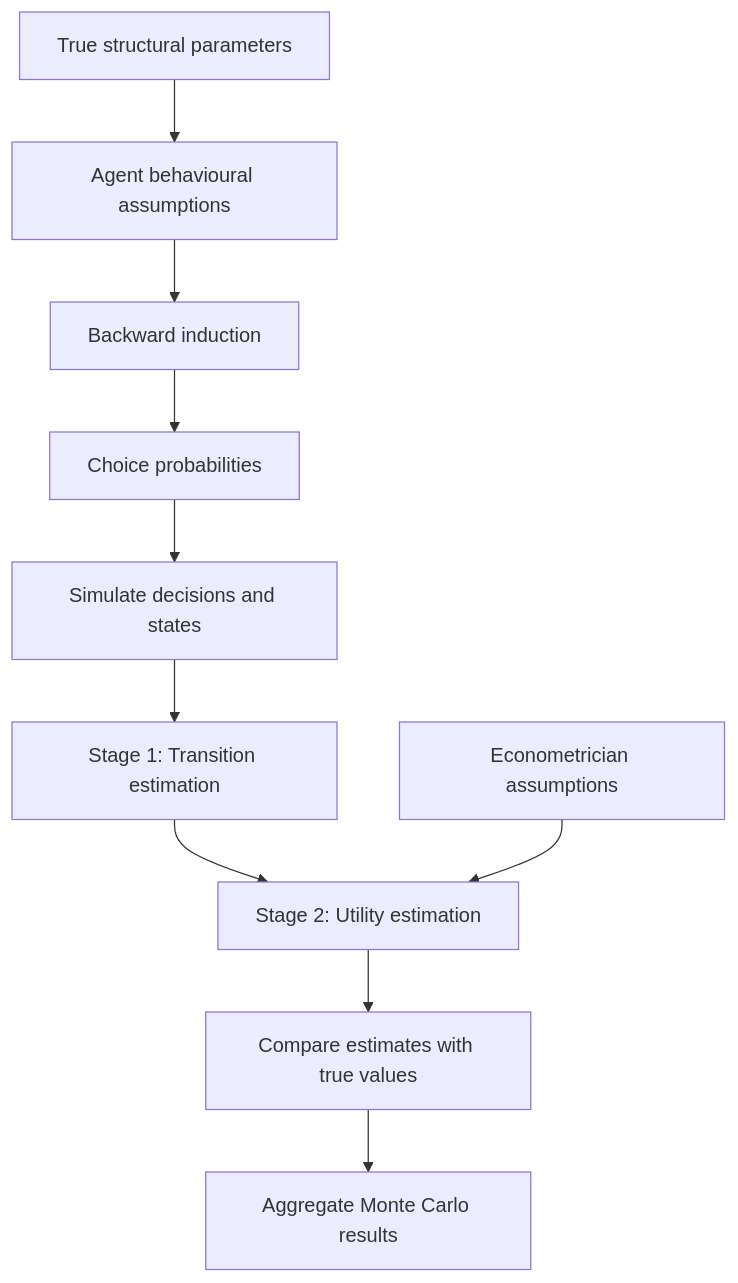
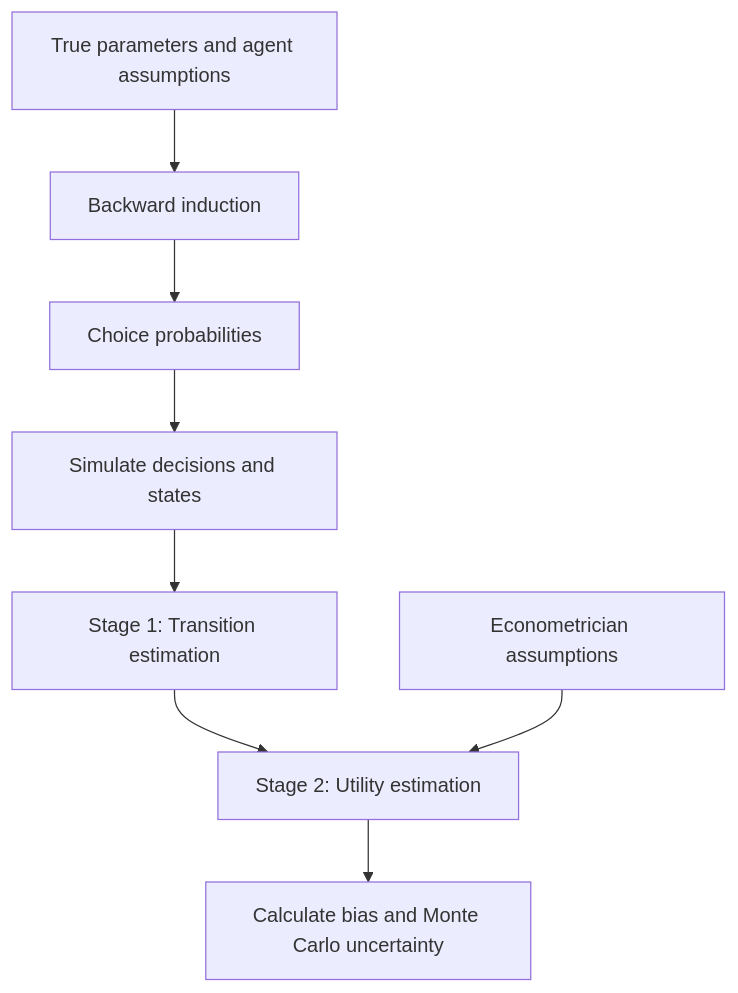
The diagram in METHODOLOGY.md (EliasBernhardRoth/Dynamic-Choice-Misspecification), drawn with Mermaid before and after one commit. The commit also changed other lines of this file, not shown here.

````diff
--- a/METHODOLOGY.md
+++ b/METHODOLOGY.md
@@ -465,12 +375,10 @@
 ```mermaid
 flowchart TD
-    A[True structural parameters] --> B[Agent behavioural assumptions]
-    B --> C[Backward induction]
-    C --> D[Choice probabilities]
-    D --> E[Simulate decisions and states]
-    E --> F[Stage 1: Transition estimation]
-    F --> G[Stage 2: Utility estimation]
-    H[Econometrician assumptions] --> G
-    G --> I[Compare estimates with true values]
-    I --> J[Aggregate Monte Carlo results]
+    A[True parameters and agent assumptions] --> B[Backward induction]
+    B --> C[Choice probabilities]
+    C --> D[Simulate decisions and states]
+    D --> E[Stage 1: Transition estimation]
+    E --> F[Stage 2: Utility estimation]
+    G[Econometrician assumptions] --> F
+    F --> H[Calculate bias and Monte Carlo uncertainty]
 ```
````
